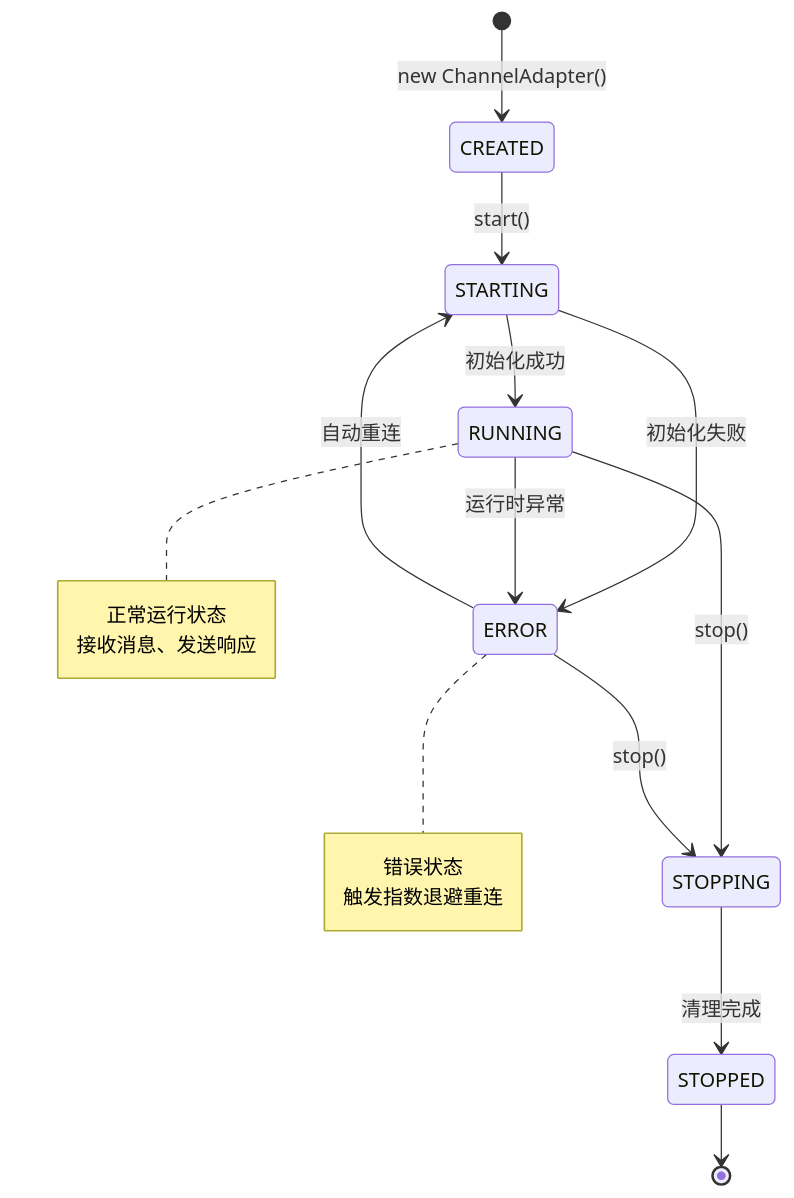
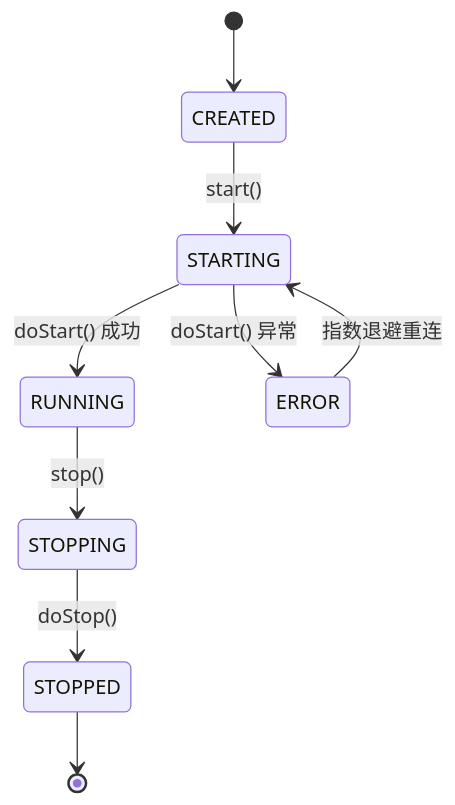
The third of 3 diagrams in docs/architecture/gateway-middleware.md (ntygod/LifePilot), drawn with Mermaid before and after one commit. The commit also changed other lines of this file and 2 other files, not shown here.

````diff
--- a/docs/architecture/gateway-middleware.md
+++ b/docs/architecture/gateway-middleware.md
@@ -4634,23 +178,11 @@
 ```mermaid
 stateDiagram-v2
-    [*] --> CREATED : new ChannelAdapter()
-    CREATED --> STARTING : start()
-    STARTING --> RUNNING : 初始化成功
-    STARTING --> ERROR : 初始化失败
-    RUNNING --> STOPPING : stop()
-    RUNNING --> ERROR : 运行时异常
-    ERROR --> STARTING : 自动重连
-    ERROR --> STOPPING : stop()
-    STOPPING --> STOPPED : 清理完成
+    [*] --> CREATED
+    CREATED --> STARTING: start()
+    STARTING --> RUNNING: doStart() 成功
+    STARTING --> ERROR: doStart() 异常
+    RUNNING --> STOPPING: stop()
+    ERROR --> STARTING: 指数退避重连
+    STOPPING --> STOPPED: doStop()
     STOPPED --> [*]
-
-    note right of RUNNING
-        正常运行状态
-        接收消息、发送响应
-    end note
-
-    note right of ERROR
-        错误状态
-        触发指数退避重连
-    end note
 ```
````
